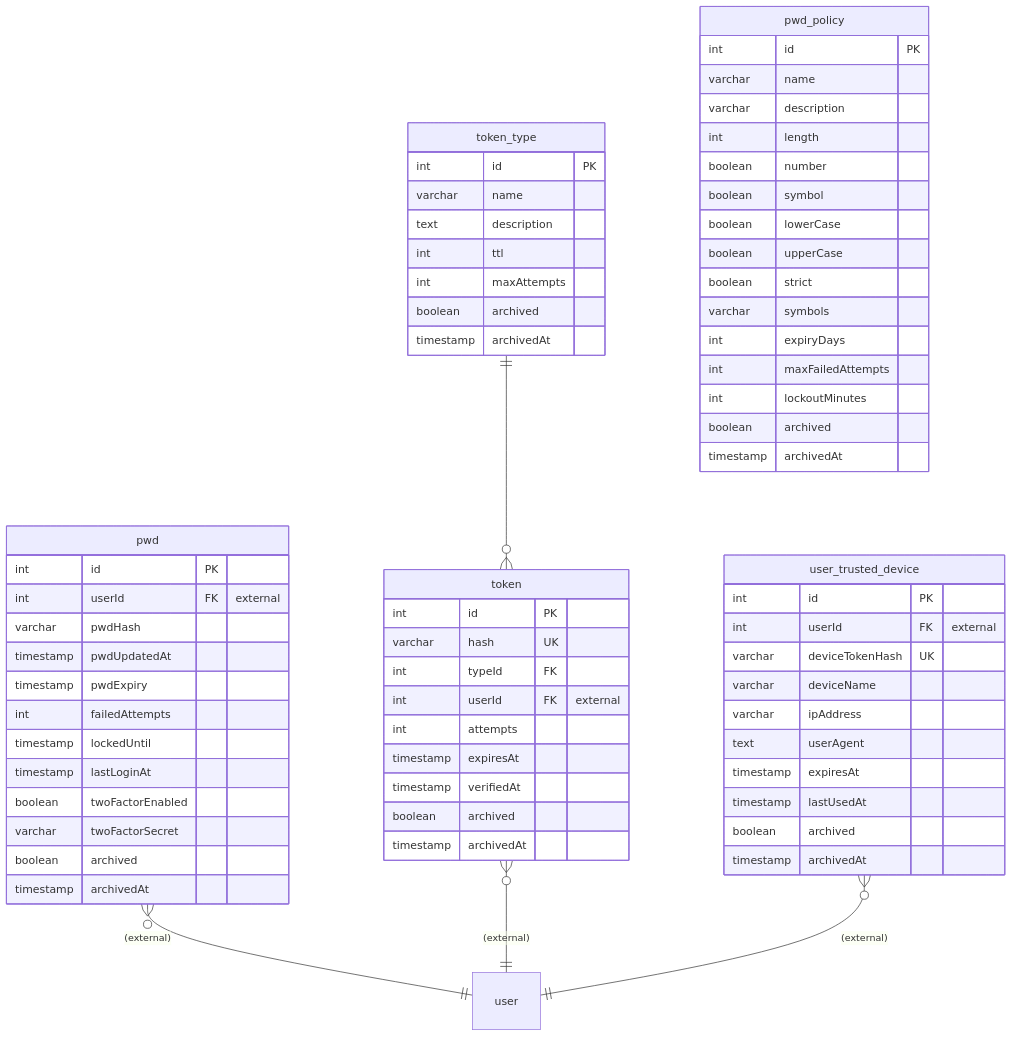
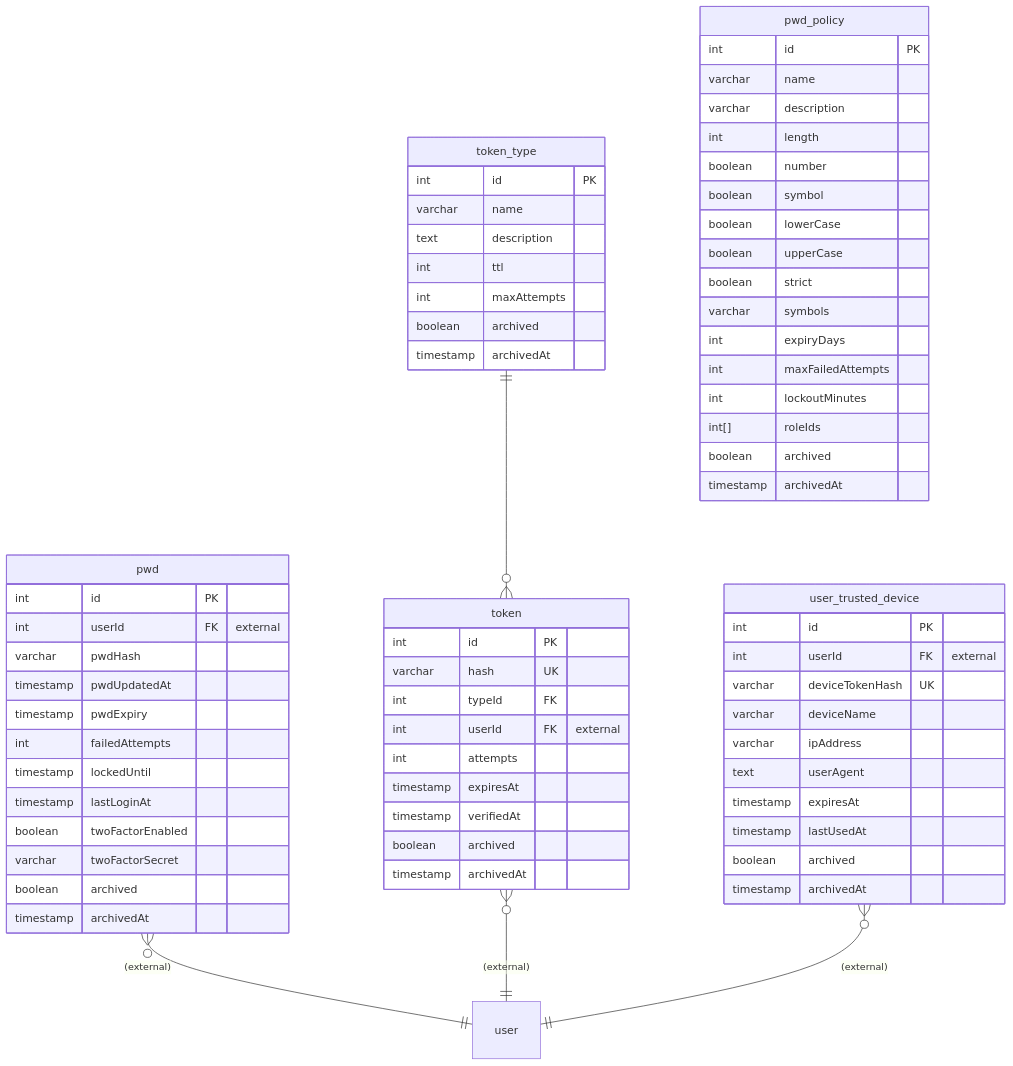
One commit to ALTEN-group/Foxnox changed the first of 2 diagrams in website/docs/guide/data-model.md. Above: the diagram before and after it, drawn with Mermaid. The commit also changed 36 other files, not shown here.

````diff
--- a/website/docs/guide/data-model.md
+++ b/website/docs/guide/data-model.md
@@ -7,78 +7,79 @@
 ```mermaid
 erDiagram
   pwd }o--|| user : "(external)"
   token_type ||--o{ token : ""
   token }o--|| user : "(external)"
   user_trusted_device }o--|| user : "(external)"
 
   pwd {
     int id PK
     int userId FK "external"
     varchar pwdHash
     timestamp pwdUpdatedAt
     timestamp pwdExpiry
     int failedAttempts
     timestamp lockedUntil
     timestamp lastLoginAt
     boolean twoFactorEnabled
     varchar twoFactorSecret
     boolean archived
     timestamp archivedAt
   }
 
   pwd_policy {
     int id PK
     varchar name
     varchar description
     int length
     boolean number
     boolean symbol
     boolean lowerCase
     boolean upperCase
     boolean strict
     varchar symbols
     int expiryDays
     int maxFailedAttempts
     int lockoutMinutes
+    int[] roleIds
     boolean archived
     timestamp archivedAt
   }
 
   token_type {
     int id PK
     varchar name
     text description
     int ttl
     int maxAttempts
     boolean archived
     timestamp archivedAt
   }
 
   token {
     int id PK
     varchar hash UK
     int typeId FK
     int userId FK "external"
     int attempts
     timestamp expiresAt
     timestamp verifiedAt
     boolean archived
     timestamp archivedAt
   }
 
   user_trusted_device {
     int id PK
     int userId FK "external"
     varchar deviceTokenHash UK
     varchar deviceName
     varchar ipAddress
     text userAgent
     timestamp expiresAt
     timestamp lastUsedAt
     boolean archived
     timestamp archivedAt
   }
 
   user {
   }
 ```
````
